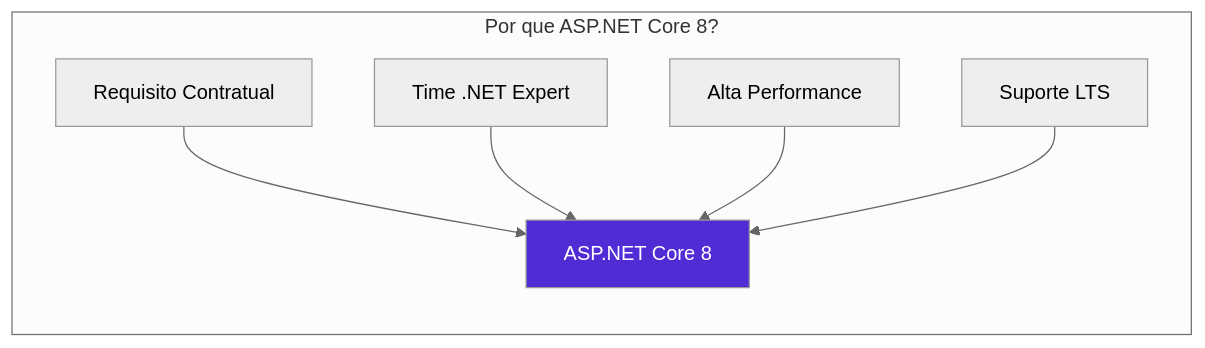
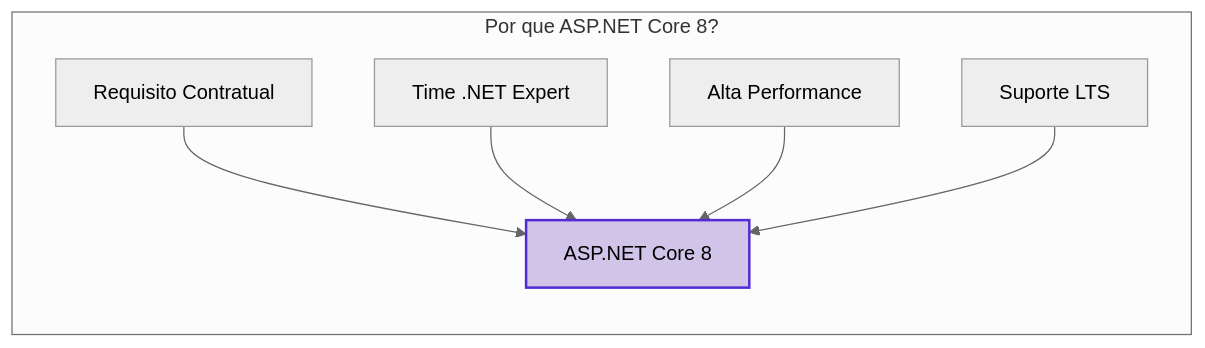
The first of 9 diagrams in docs/04-justificativas-tecnicas.md (gabrigabs/public-polls-app), drawn with Mermaid (neutral theme) before and after one commit. The commit also changed other lines of this file and 6 other files, not shown here.

Commit message:
docs: standardize and improve mermaid diagrams readability

````diff
--- a/docs/04-justificativas-tecnicas.md
+++ b/docs/04-justificativas-tecnicas.md
@@ -16,11 +16,12 @@
 ```mermaid
 graph LR
     subgraph "Por que ASP.NET Core 8?"
         A[Requisito Contratual] --> R[ASP.NET Core 8]
         B[Time .NET Expert] --> R
         C[Alta Performance] --> R
         D[Suporte LTS] --> R
     end
 
-    style R fill:#512bd4,color:#fff
+    classDef dotnet fill:#d1c4e9,stroke:#512bd4,color:#000,stroke-width:2px;
+    class R dotnet;
 ```
````
